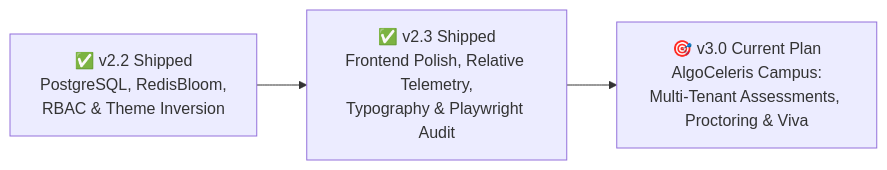
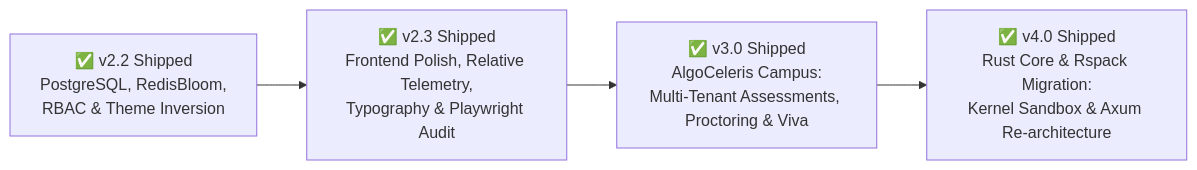
One commit to Nishank15/algoceleris changed the first of 3 diagrams in IMPLEMENTATION_PLAN.md. Above: the diagram before and after it, drawn with Mermaid. The commit also changed other lines of this file and 111 other files, not shown here.

````diff
--- a/IMPLEMENTATION_PLAN.md
+++ b/IMPLEMENTATION_PLAN.md
@@ -16,5 +16,6 @@
 ```mermaid
 graph LR
     v2_2["✅ v2.2 Shipped<br/>PostgreSQL, RedisBloom,<br/>RBAC & Theme Inversion"] --> v2_3["✅ v2.3 Shipped<br/>Frontend Polish, Relative Telemetry,<br/>Typography & Playwright Audit"]
-    v2_3 --> v3_0["🎯 v3.0 Current Plan<br/>AlgoCeleris Campus:<br/>Multi-Tenant Assessments, Proctoring & Viva"]
+    v2_3 --> v3_0["✅ v3.0 Shipped<br/>AlgoCeleris Campus:<br/>Multi-Tenant Assessments, Proctoring & Viva"]
+    v3_0 --> v4_0["✅ v4.0 Shipped<br/>Rust Core & Rspack Migration:<br/>Kernel Sandbox & Axum Re-architecture"]
 ```
````
